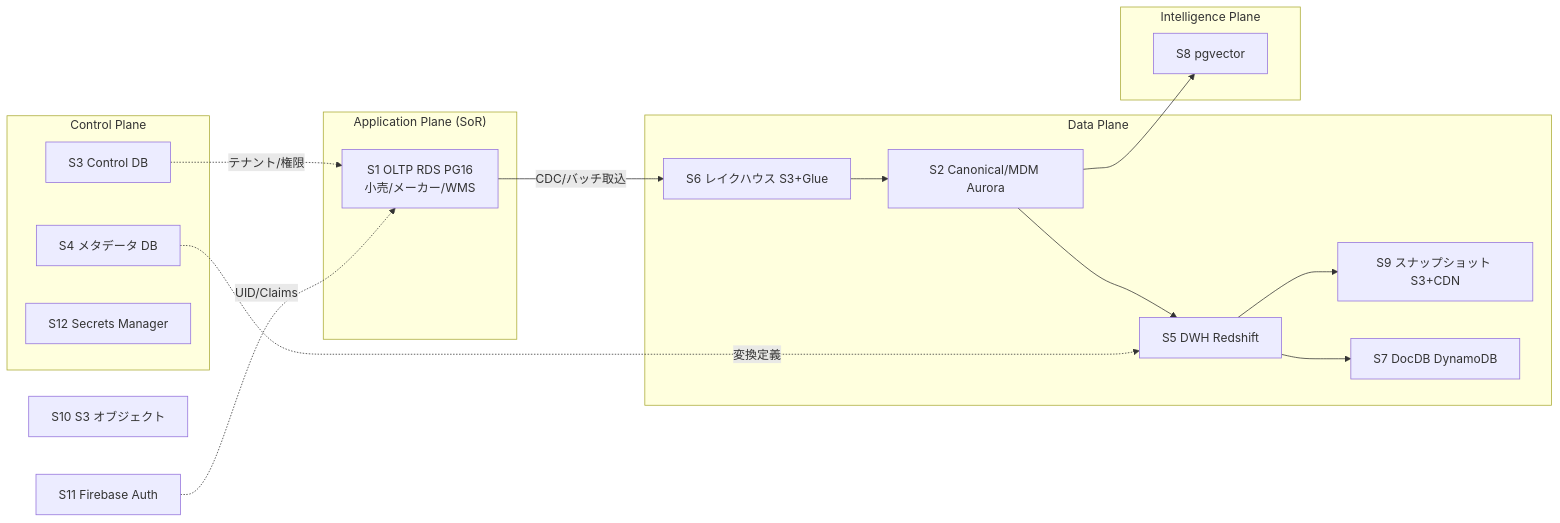
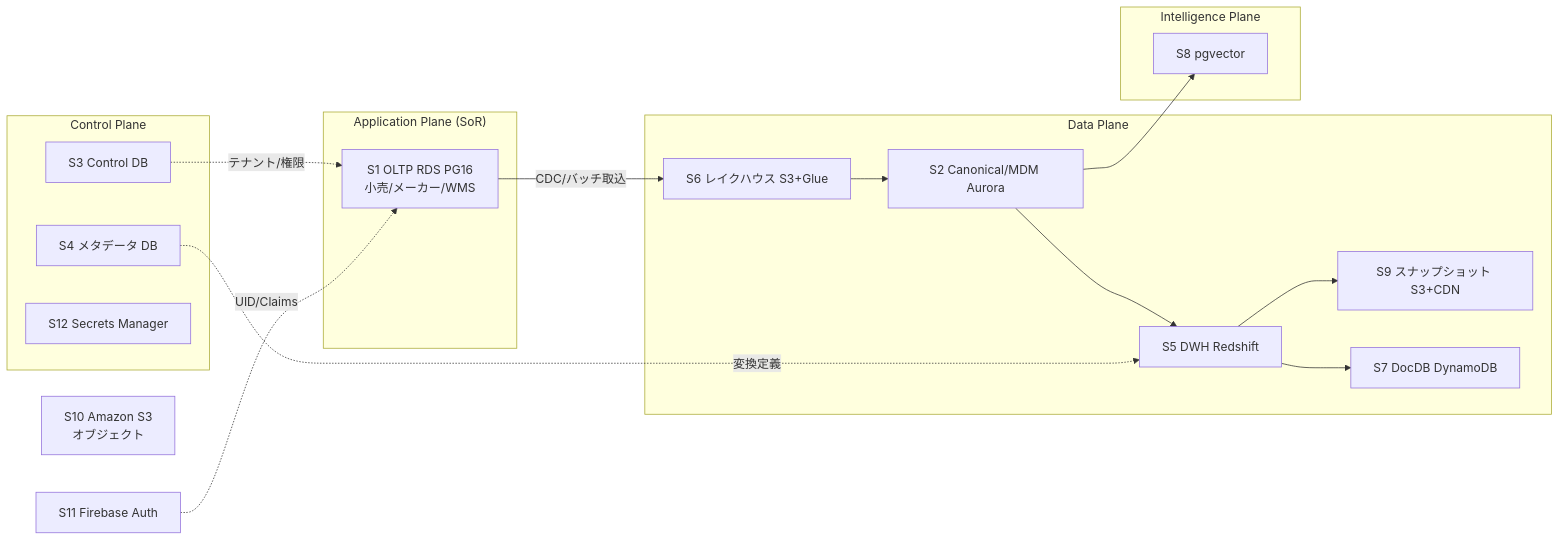
The first of 3 diagrams in docs/platform-design/database-design/30-schema-strategy-and-sot.md (TSUNAGUBA/akebono-honshu), drawn with Mermaid before and after one commit. The commit also changed other lines of this file and 30 other files, not shown here.

````diff
--- a/docs/platform-design/database-design/30-schema-strategy-and-sot.md
+++ b/docs/platform-design/database-design/30-schema-strategy-and-sot.md
@@ -49,33 +49,33 @@
 ```mermaid
 flowchart LR
   subgraph AppPlane["Application Plane (SoR)"]
     S1["S1 OLTP RDS PG16<br/>小売/メーカー/WMS"]
   end
   subgraph ControlPlane["Control Plane"]
     S3["S3 Control DB"]
     S4["S4 メタデータ DB"]
     S12["S12 Secrets Manager"]
   end
   subgraph DataPlane["Data Plane"]
     S6["S6 レイクハウス S3+Glue"]
     S2["S2 Canonical/MDM Aurora"]
     S5["S5 DWH Redshift"]
     S9["S9 スナップショット S3+CDN"]
     S7["S7 DocDB DynamoDB"]
   end
   subgraph IntelPlane["Intelligence Plane"]
     S8["S8 pgvector"]
   end
   S11["S11 Firebase Auth"]
-  S10["S10 S3 オブジェクト"]
+  S10["S10 Amazon S3<br/>オブジェクト"]
 
-  S1 -->|CDC/バッチ取込| S6
+  S1 -->|"CDC/バッチ取込"| S6
   S6 --> S2
   S2 --> S5
   S5 --> S9
   S5 --> S7
   S2 --> S8
-  S3 -.->|テナント/権限| S1
-  S4 -.->|変換定義| S5
-  S11 -.->|UID/Claims| S1
+  S3 -.->|"テナント/権限"| S1
+  S4 -.->|"変換定義"| S5
+  S11 -.->|"UID/Claims"| S1
 ```
````
